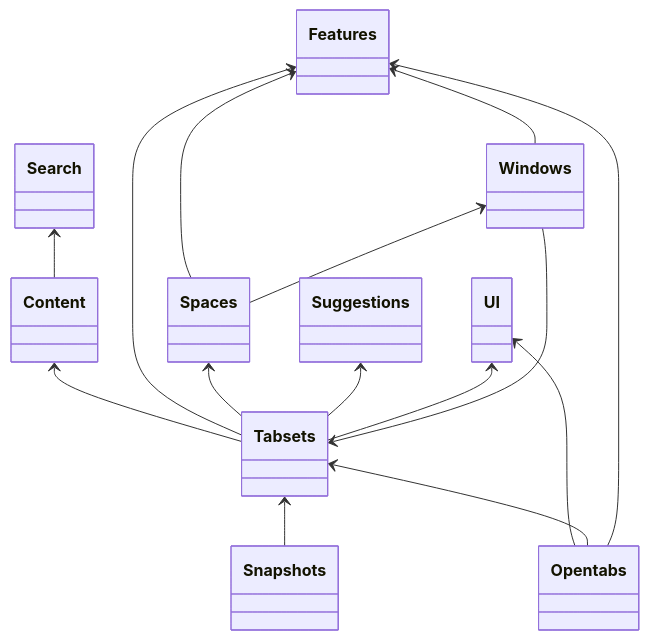
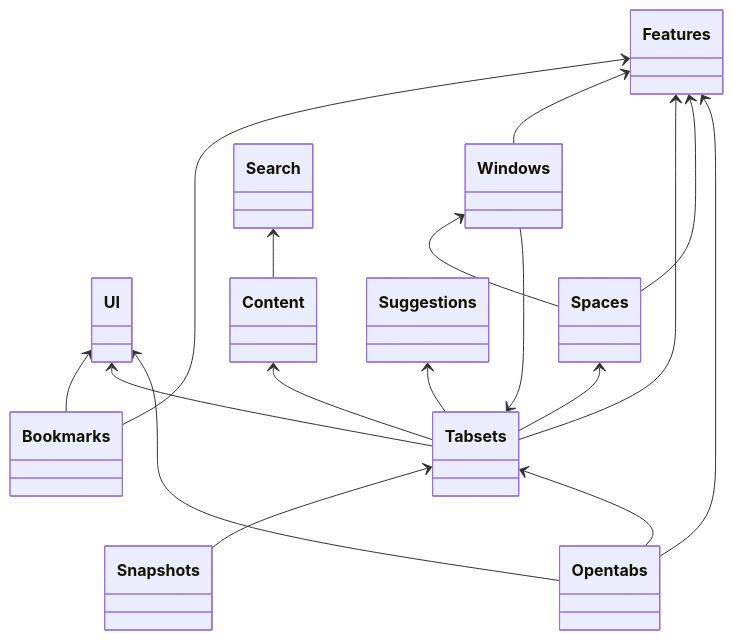
One commit to evandor/tabsets changed the diagram in docs/submodules/index.md. Above: the diagram before and after it, drawn with Mermaid.

Commit message:
less dependencies for tabsets on bookmarks

````diff
--- a/docs/submodules/index.md
+++ b/docs/submodules/index.md
@@ -14,32 +14,36 @@
 ```mermaid
 classDiagram
 %%  Core <-- Features
+
+  Features <-- Bookmarks
+  UI <-- Bookmarks
 
   Features <-- Windows
   Tabsets <-- Windows
 
 %%  Tabsets <-- Thumbnails
 %%  Windows <-- Thumbnails
 
   Content <-- Tabsets
   Features <-- Tabsets
 %%  Search <-- Tabsets
   Spaces <-- Tabsets
   Suggestions <-- Tabsets
+%%  Bookmarks <-- Tabsets
   UI <-- Tabsets
 
   Features <-- Spaces
   Windows <-- Spaces
 
 %%  Bookmarks <-- Search
 
   Search <-- Content
 
   Tabsets <-- Snapshots
 
   UI <-- Opentabs
   Tabsets <-- Opentabs
   Features <-- Opentabs
 
 
 ```
````
